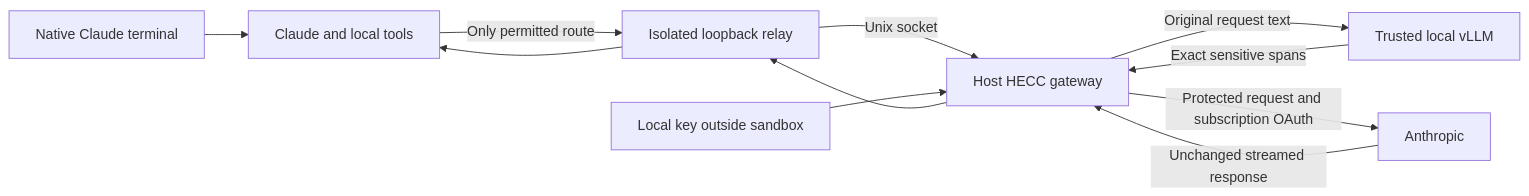
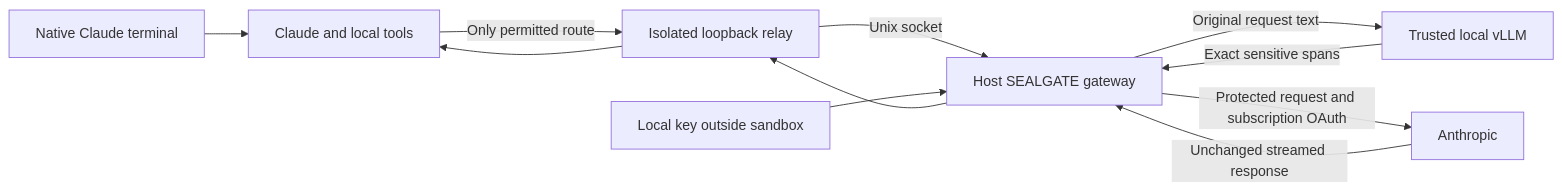
One commit to madeye/sealgate changed the diagram in docs/gateway.md. Above: the diagram before and after it, drawn with Mermaid. The commit also changed other lines of this file and 32 other files, not shown here.

````diff
--- a/docs/gateway.md
+++ b/docs/gateway.md
@@ -9,13 +9,13 @@
 ```mermaid
 flowchart LR
     U[Native Claude terminal] --> C[Claude and local tools]
     C -->|Only permitted route| R[Isolated loopback relay]
-    R -->|Unix socket| G[Host HECC gateway]
+    R -->|Unix socket| G[Host SEALGATE gateway]
     G -->|Original request text| V[Trusted local vLLM]
     V -->|Exact sensitive spans| G
     K[Local key outside sandbox] --> G
     G -->|Protected request and subscription OAuth| A[Anthropic]
     A -->|Unchanged streamed response| G
     G --> R
     R --> C
 ```
````
